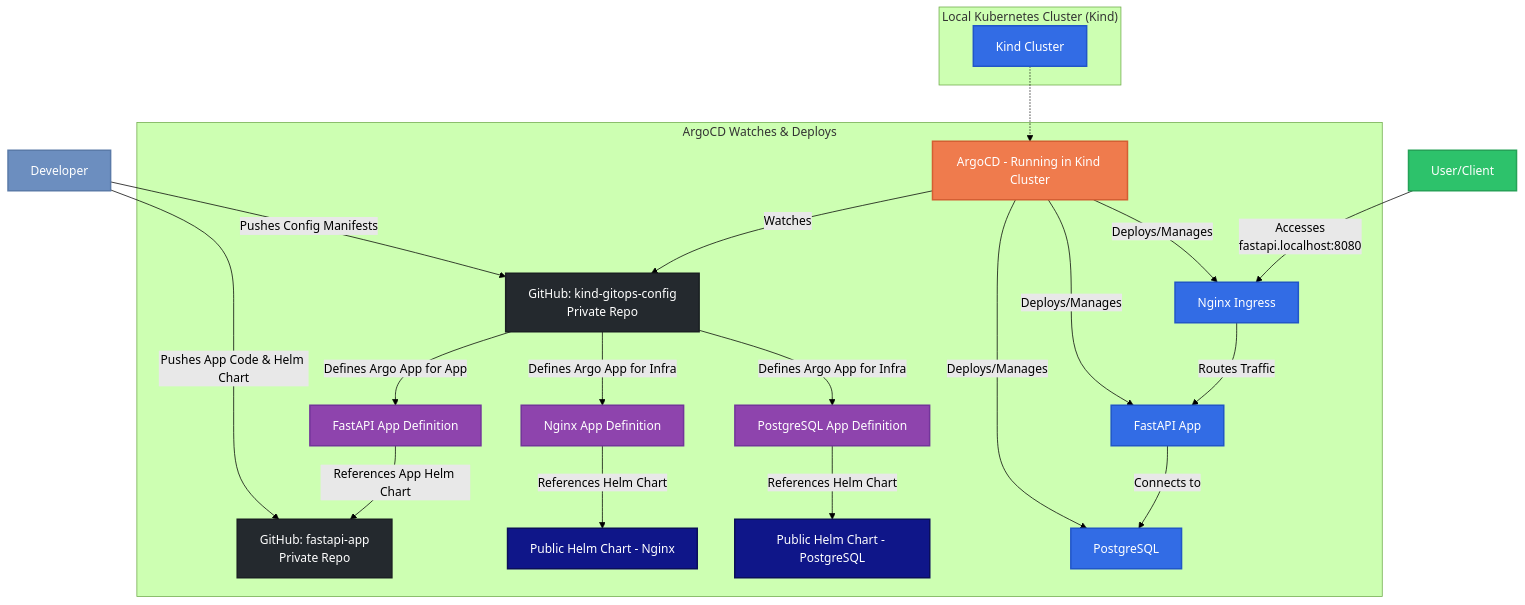
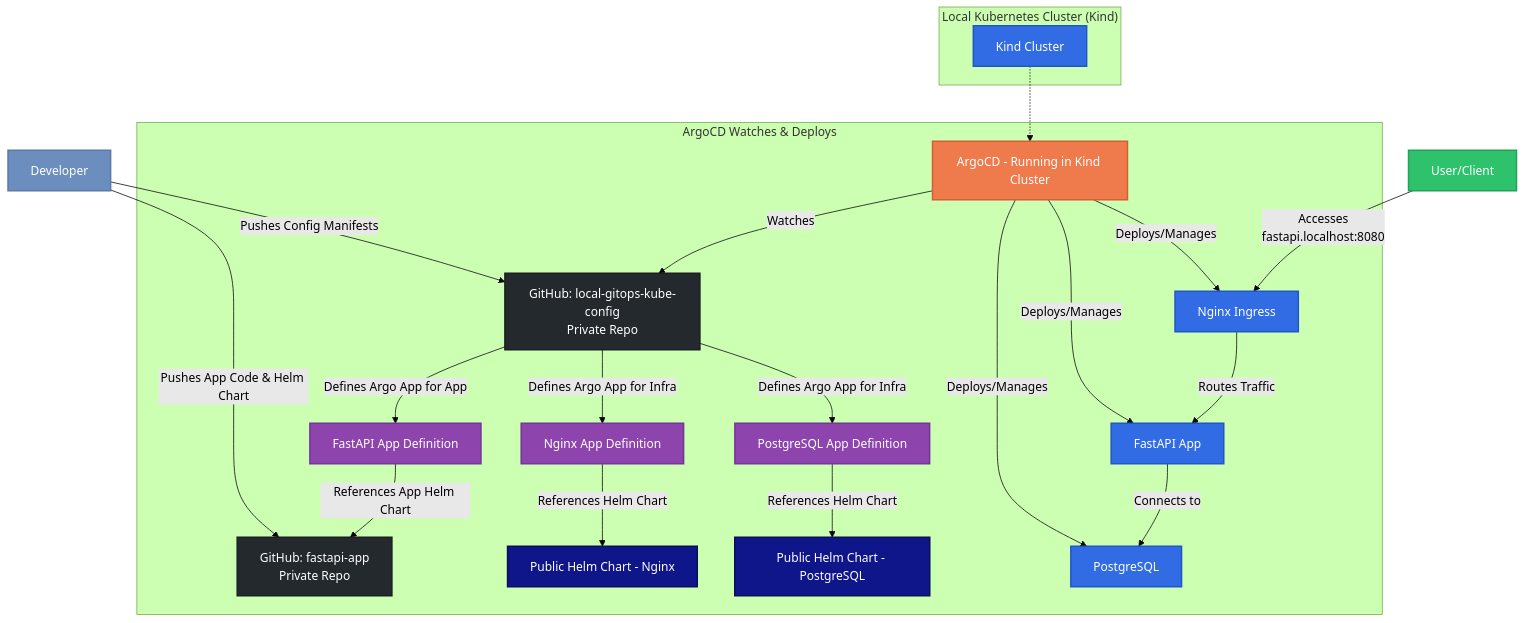
One commit to BenedictusAryo/local-gitops-kube-config changed the diagram in README.md. Above: the diagram before and after it, drawn with Mermaid (forest theme). The commit also changed other lines of this file and 1 other file, not shown here.

````diff
--- a/README.md
+++ b/README.md
@@ -13,47 +13,47 @@
 ```mermaid
 graph TD
     %% Define styles with better colors and contrast
     classDef developer fill:#6C8EBF,stroke:#5A7AA8,color:white,stroke-width:2px
     classDef github fill:#24292E,stroke:#1B1F23,color:white,stroke-width:2px
     classDef argocd fill:#EF7B4D,stroke:#D35F33,color:white,stroke-width:2px
     classDef helm fill:#0F1689,stroke:#0A0F5A,color:white,stroke-width:2px
     classDef kubernetes fill:#326CE5,stroke:#2156C8,color:white,stroke-width:2px
     classDef user fill:#2DC26B,stroke:#25A257,color:white,stroke-width:2px
     classDef appDef fill:#8E44AD,stroke:#73359A,color:white,stroke-width:2px
 
     A[Developer] -->|Pushes App Code & Helm Chart| G_APP[GitHub: fastapi-app<br>Private Repo]
-    A -->|Pushes Config Manifests| G_CONF[GitHub: kind-gitops-config<br>Private Repo]
+    A -->|Pushes Config Manifests| G_CONF[GitHub: local-gitops-kube-config<br>Private Repo]
 
     subgraph "ArgoCD Watches & Deploys"
         ARGO[ArgoCD - Running in Kind Cluster] -->|Watches| G_CONF
         G_CONF -->|Defines Argo App for Infra| APP_NGINX_DEF[Nginx App Definition]
         G_CONF -->|Defines Argo App for Infra| APP_PG_DEF[PostgreSQL App Definition]
         G_CONF -->|Defines Argo App for App| APP_FASTAPI_DEF[FastAPI App Definition]
 
         APP_NGINX_DEF -->|References Helm Chart| HC_NGINX[Public Helm Chart - Nginx]
         APP_PG_DEF -->|References Helm Chart| HC_PG[Public Helm Chart - PostgreSQL]
         APP_FASTAPI_DEF -->|References App Helm Chart| G_APP
 
         ARGO -->|Deploys/Manages| K_NGINX[Nginx Ingress]
         ARGO -->|Deploys/Manages| K_PG[PostgreSQL]
         ARGO -->|Deploys/Manages| K_FASTAPI[FastAPI App]
     end
 
     subgraph "Local Kubernetes Cluster (Kind)"
         KIND[Kind Cluster]
         K_NGINX -->|Routes Traffic| K_FASTAPI
         K_FASTAPI -->|Connects to| K_PG
         KIND -.-> ARGO
     end
 
     USER[User/Client] -->|Accesses<br>fastapi.localhost:8080| K_NGINX
 
     %% Apply the defined styles
     class A developer
     class G_APP,G_CONF github
     class ARGO argocd
     class HC_NGINX,HC_PG helm
     class KIND,K_NGINX,K_PG,K_FASTAPI kubernetes
     class USER user
     class APP_NGINX_DEF,APP_PG_DEF,APP_FASTAPI_DEF appDef
 ```
````
